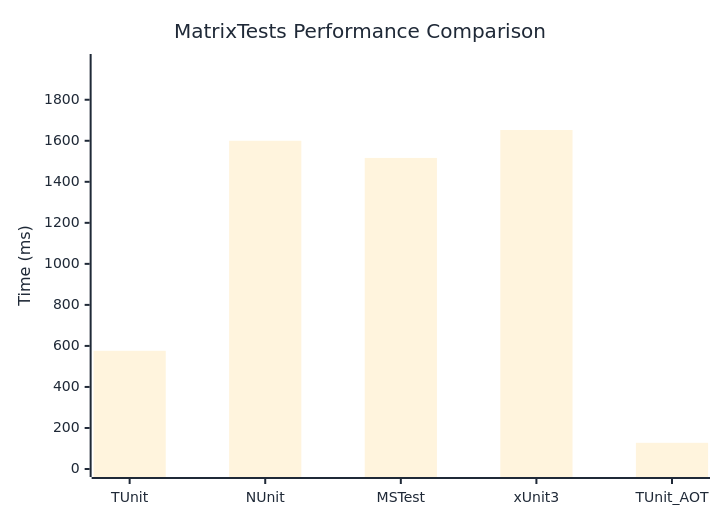
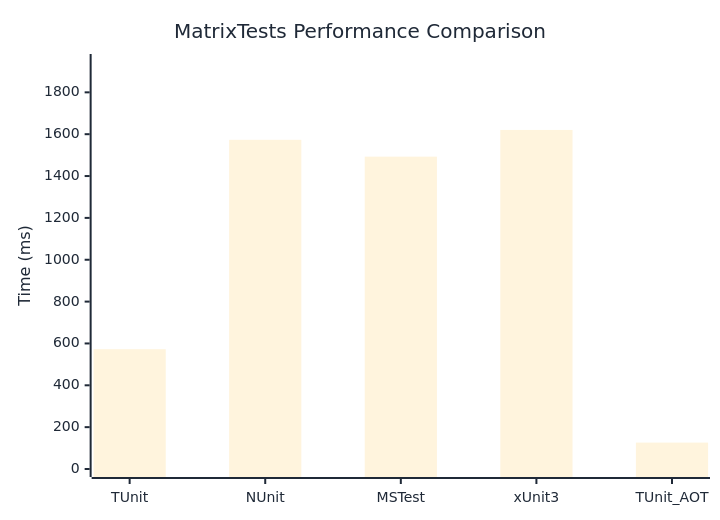
The diagram in docs/docs/benchmarks/MatrixTests.md (thomhurst/TUnit), drawn with Mermaid before and after one commit. The commit also changed other lines of this file and 17 other files, not shown here.

````diff
--- a/docs/docs/benchmarks/MatrixTests.md
+++ b/docs/docs/benchmarks/MatrixTests.md
@@ -27,37 +27,37 @@
 ```mermaid
 %%{init: {
   'theme':'base',
   'themeVariables': {
     'primaryColor': '#2563eb',
     'primaryTextColor': '#1f2937',
     'primaryBorderColor': '#1e40af',
     'lineColor': '#6b7280',
     'secondaryColor': '#7c3aed',
     'tertiaryColor': '#dc2626',
     'background': '#ffffff',
     'mainBkg': '#2563eb',
     'secondBkg': '#7c3aed',
     'tertiaryBkg': '#dc2626',
     'clusterBkg': '#f3f4f6',
     'edgeLabelBackground': '#ffffff',
     'tertiaryTextColor': '#1f2937',
     'pie1': '#2563eb',
     'pie2': '#7c3aed',
     'pie3': '#dc2626',
     'pie4': '#f59e0b',
     'pie5': '#10b981',
     'pie6': '#06b6d4',
     'pie7': '#ec4899',
     'pie8': '#6366f1',
     'pie9': '#84cc16',
     'pie10': '#f97316',
     'pie11': '#14b8a6',
     'pie12': '#a855f7'
   }
 }}%%
 xychart-beta
   title "MatrixTests Performance Comparison"
   x-axis ["TUnit", "NUnit", "MSTest", "xUnit3", "TUnit_AOT"]
-  y-axis "Time (ms)" 0 --> 1984
-  bar [576.2, 1600.1, 1516.4, 1652.6, 127.6]
+  y-axis "Time (ms)" 0 --> 1945
+  bar [572.5, 1573.1, 1492.7, 1620.3, 126.2]
 ```
````
